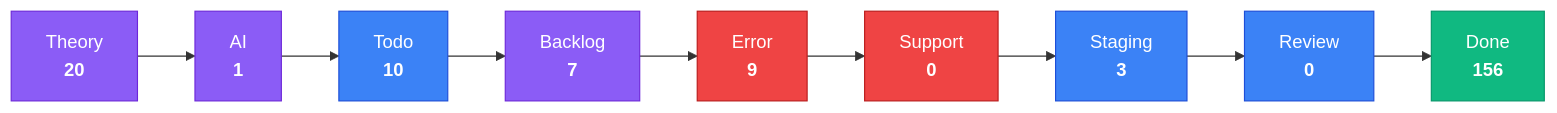
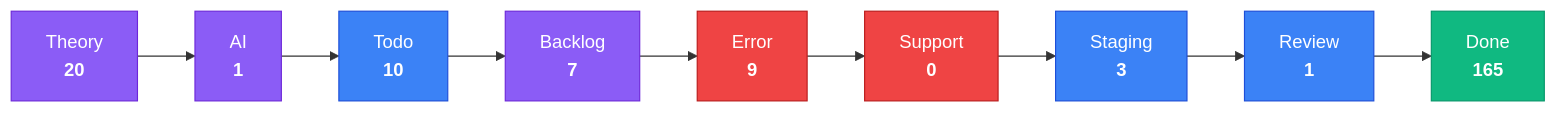
Before and after one commit to KBVE/kbve: the third of 4 diagrams in apps/kbve/astro-kbve/src/content/docs/dashboard/kanban-data.mdx, drawn with Mermaid. The commit also changed other lines of this file and 8 other files, not shown here.

````diff
--- a/apps/kbve/astro-kbve/src/content/docs/dashboard/kanban-data.mdx
+++ b/apps/kbve/astro-kbve/src/content/docs/dashboard/kanban-data.mdx
@@ -79,28 +80,28 @@
 ```mermaid
 flowchart LR
     classDef planning fill:#8b5cf6,stroke:#6d28d9,color:#fff
     classDef active fill:#3b82f6,stroke:#1d4ed8,color:#fff
     classDef blocked fill:#ef4444,stroke:#b91c1c,color:#fff
     classDef done fill:#10b981,stroke:#059669,color:#fff
     Theory["Theory<br/><strong>20</strong>"]
     Theory --> AI
     AI["AI<br/><strong>1</strong>"]
     AI --> Todo
     Todo["Todo<br/><strong>10</strong>"]
     Todo --> Backlog
     Backlog["Backlog<br/><strong>7</strong>"]
     Backlog --> Error
     Error["Error<br/><strong>9</strong>"]
     Error --> Support
     Support["Support<br/><strong>0</strong>"]
     Support --> Staging
     Staging["Staging<br/><strong>3</strong>"]
     Staging --> Review
-    Review["Review<br/><strong>0</strong>"]
+    Review["Review<br/><strong>1</strong>"]
     Review --> Done
-    Done["Done<br/><strong>156</strong>"]
+    Done["Done<br/><strong>165</strong>"]
     class Theory,AI,Backlog planning
     class Todo,Staging,Review active
     class Error,Support blocked
     class Done done
 ```
````
